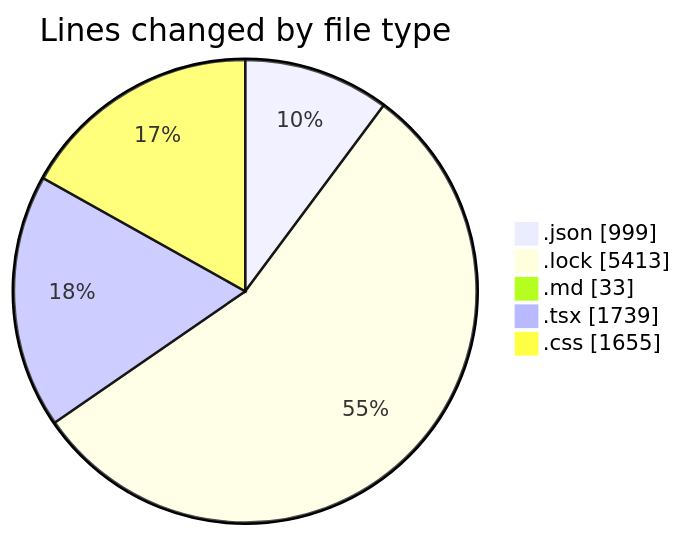
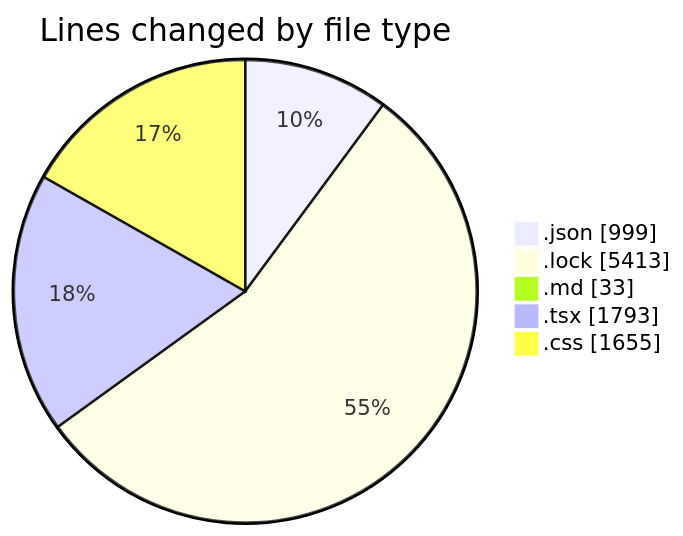
One commit to EIIisD/code-tracking changed the first of 2 diagrams in 2025-08-11/ribbon/README.md. Above: the diagram before and after it, drawn with Mermaid. The commit also changed other lines of this file and 1 other file, not shown here.

````diff
--- a/2025-08-11/ribbon/README.md
+++ b/2025-08-11/ribbon/README.md
@@ -40,9 +40,9 @@
 ```mermaid
 pie showData
 title Lines changed by file type
 ".json" : 999
 ".lock" : 5413
 ".md" : 33
-".tsx" : 1739
+".tsx" : 1793
 ".css" : 1655
 ```
````
